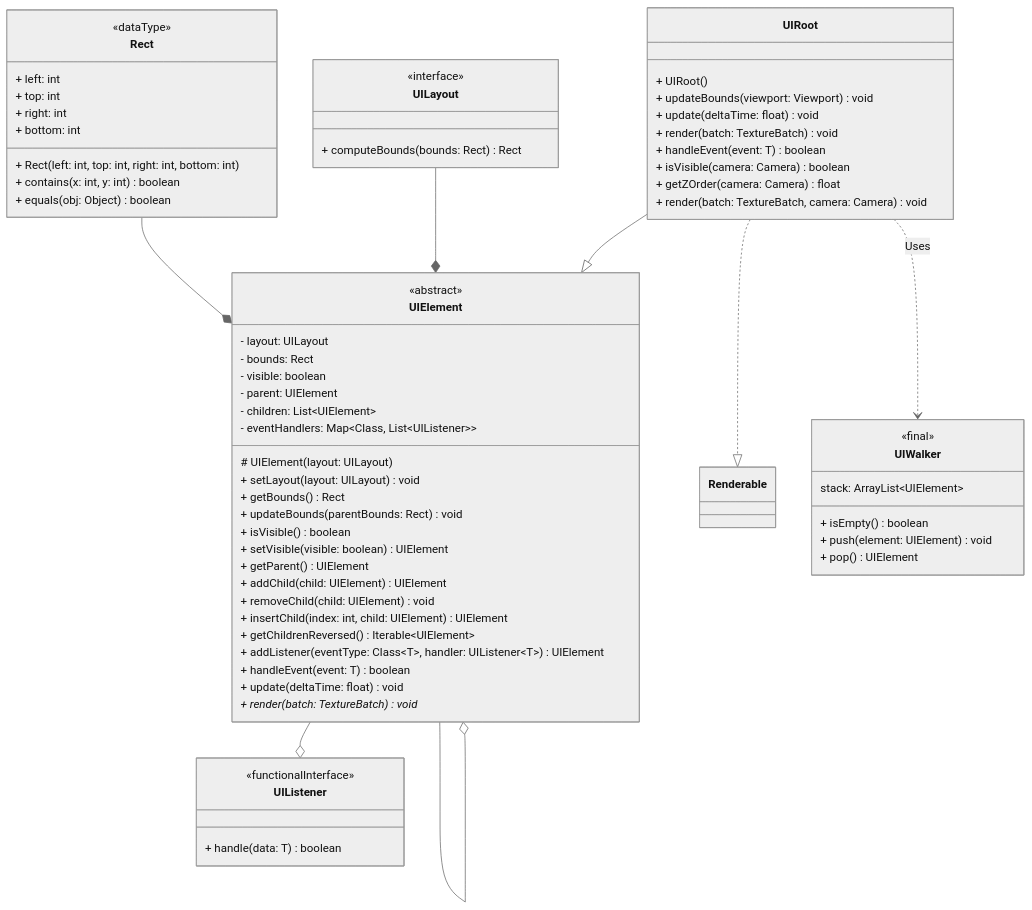
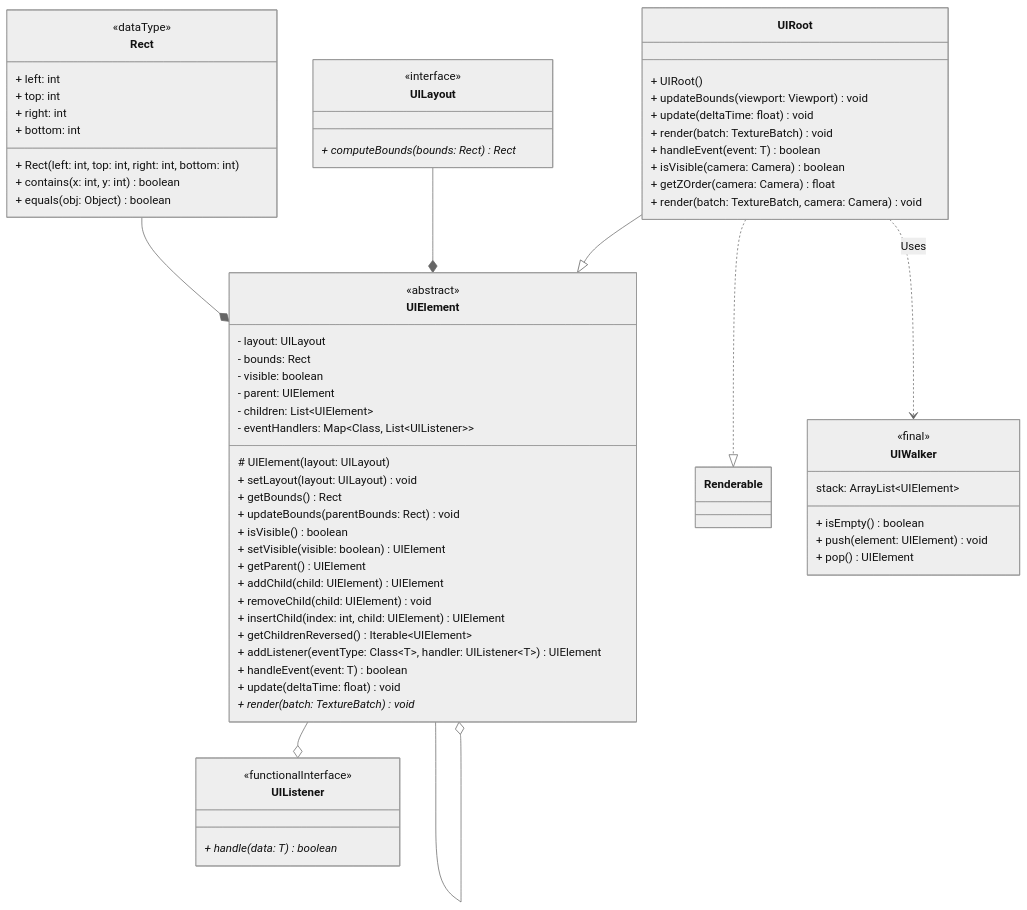
Before and after one commit to TemariVirus/harbour-franca: the diagram in class-diagram/engine/ui.mmd, drawn with Mermaid. The commit also changed 8 other files, not shown here.

Commit message:
Update class diagrams

```diff
--- a/class-diagram/engine/ui.mmd
+++ b/class-diagram/engine/ui.mmd
@@ -1,88 +1,88 @@
 ---
 config:
     theme: neutral
 ---
 
 classDiagram
     Rect --* UIElement
     UILayout --* UIElement
     %% TODO: add manually
     UIElement --o UIElement
     UIElement --o UIListener
     UIRoot --|> UIElement
     UIRoot ..|> Renderable
     UIRoot ..> UIWalker: Uses
 
 
     class Rect {
         <<dataType>>
 
         + left: int
         + top: int
         + right: int
         + bottom: int
 
         + Rect(left: int, top: int, right: int, bottom: int)
         + contains(x: int, y: int) boolean
         + equals(obj: Object) boolean
     }
 
     class UIElement {
         <<abstract>>
 
         - layout: UILayout
         - bounds: Rect
         - visible: boolean
         - parent: UIElement
         - children: List~UIElement~
         - eventHandlers: Map~Class&comma; List~UIListener~~
 
         # UIElement(layout: UILayout)
         + setLayout(layout: UILayout) void
         + getBounds() Rect
         + updateBounds(parentBounds: Rect) void
         + isVisible() boolean
         + setVisible(visible: boolean) UIElement
         + getParent() UIElement
         + addChild(child: UIElement) UIElement
         + removeChild(child: UIElement) void
         + insertChild(index: int, child: UIElement) UIElement
         + getChildrenReversed() Iterable~UIElement~
         + addListener(eventType: Class~T~, handler: UIListener~T~) UIElement
         + handleEvent(event: T) boolean
         + update(deltaTime: float) void
         + render(batch: TextureBatch)* void
     }
 
     class UILayout {
         <<interface>>
 
-        + computeBounds(bounds: Rect) Rect
+        + computeBounds(bounds: Rect)* Rect
     }
 
     class UIListener~T~ {
         <<functionalInterface>>
 
-        + handle(data: T) boolean
+        + handle(data: T)* boolean
     }
 
     class UIRoot {
         + UIRoot()
         + updateBounds(viewport: Viewport) void
         + update(deltaTime: float) void
         + render(batch: TextureBatch) void
         + handleEvent(event: T) boolean
         + isVisible(camera: Camera) boolean
         + getZOrder(camera: Camera) float
         + render(batch: TextureBatch, camera: Camera) void
     }
 
     class UIWalker {
         <<final>>
 
         stack: ArrayList~UIElement~
 
         + isEmpty() boolean
         + push(element: UIElement) void
         + pop() UIElement
     }
```
